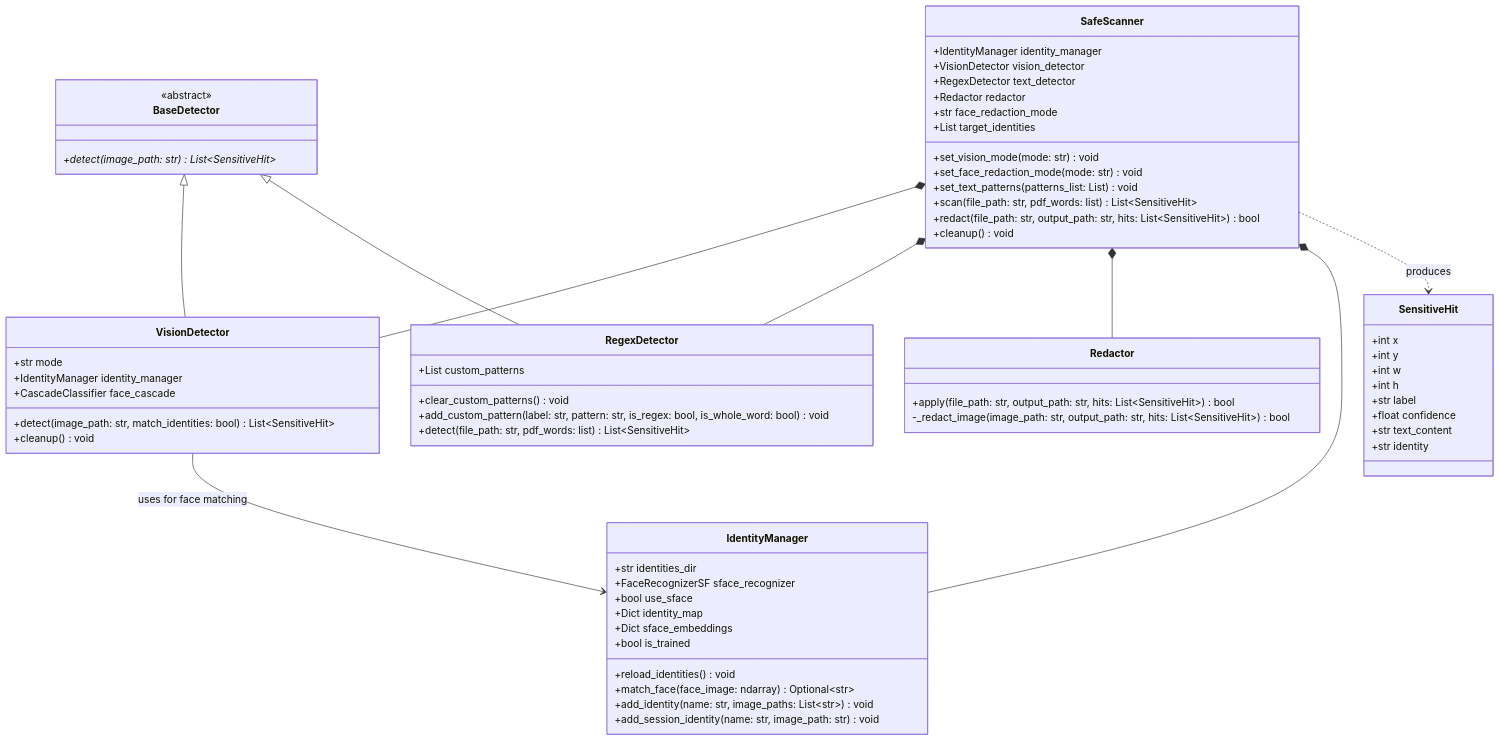
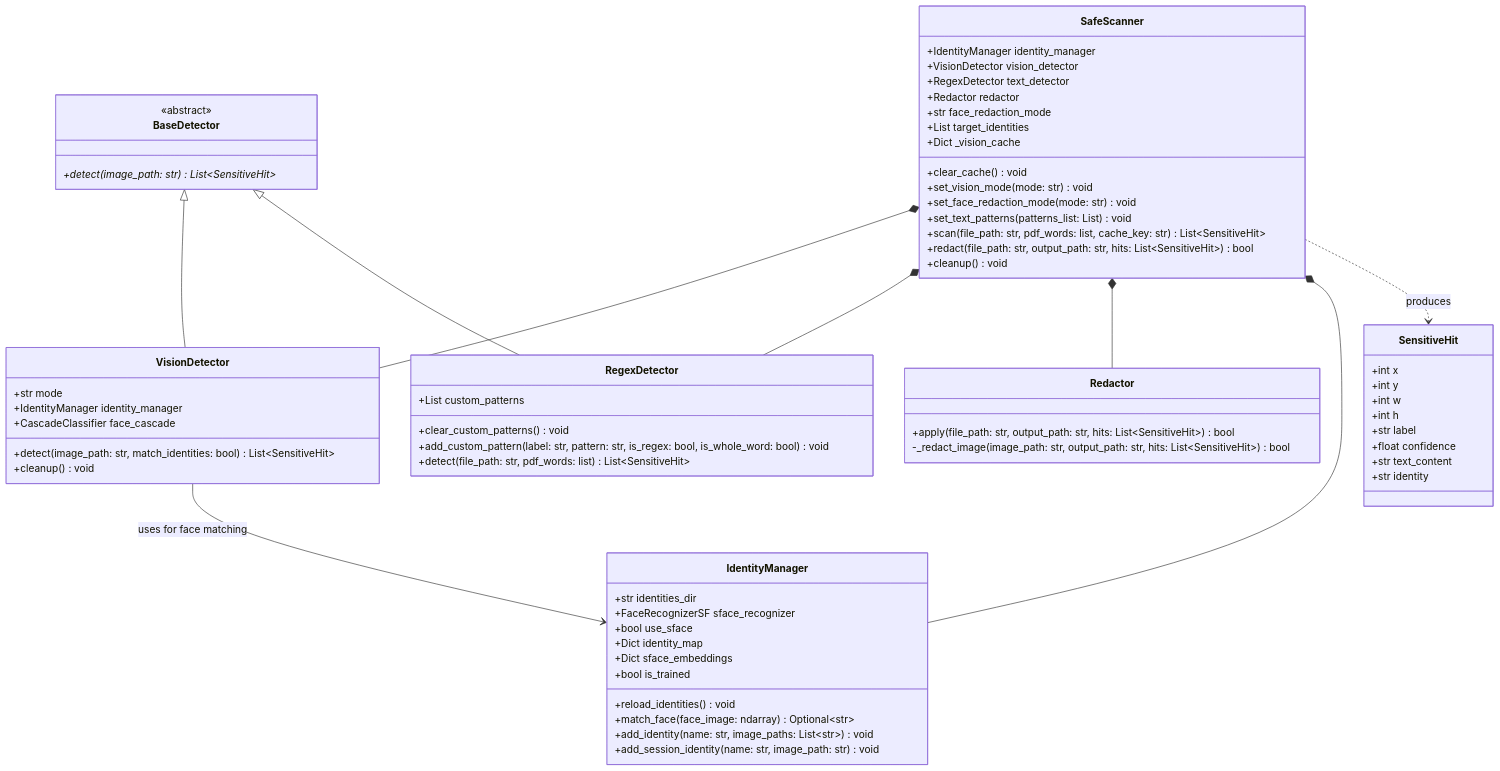
The first of 3 diagrams in docs/architecture/uml_classes.md (FurqanHun/SafeMARC), drawn with Mermaid before and after one commit. The commit also changed other lines of this file and 2 other files, not shown here.

Commit message:
docs: update features and architecture to reflect unified temp lifecycle, cache hits, and regional patterns

````diff
--- a/docs/architecture/uml_classes.md
+++ b/docs/architecture/uml_classes.md
@@ -7,77 +7,79 @@
 ```mermaid
 classDiagram
     direction TB
     
     class BaseDetector {
         <<abstract>>
         +detect(image_path: str)* List~SensitiveHit~
     }
     
     class VisionDetector {
         +str mode
         +IdentityManager identity_manager
         +CascadeClassifier face_cascade
         +detect(image_path: str, match_identities: bool) List~SensitiveHit~
         +cleanup() void
     }
     
     class RegexDetector {
         +List custom_patterns
         +clear_custom_patterns() void
         +add_custom_pattern(label: str, pattern: str, is_regex: bool, is_whole_word: bool) void
         +detect(file_path: str, pdf_words: list) List~SensitiveHit~
     }
     
     class SafeScanner {
         +IdentityManager identity_manager
         +VisionDetector vision_detector
         +RegexDetector text_detector
         +Redactor redactor
         +str face_redaction_mode
         +List target_identities
+        +Dict _vision_cache
+        +clear_cache() void
         +set_vision_mode(mode: str) void
         +set_face_redaction_mode(mode: str) void
         +set_text_patterns(patterns_list: List) void
-        +scan(file_path: str, pdf_words: list) List~SensitiveHit~
+        +scan(file_path: str, pdf_words: list, cache_key: str) List~SensitiveHit~
         +redact(file_path: str, output_path: str, hits: List~SensitiveHit~) bool
         +cleanup() void
     }
 
     class Redactor {
         +apply(file_path: str, output_path: str, hits: List~SensitiveHit~) bool
         -_redact_image(image_path: str, output_path: str, hits: List~SensitiveHit~) bool
     }
 
     class SensitiveHit {
         +int x
         +int y
         +int w
         +int h
         +str label
         +float confidence
         +str text_content
         +str identity
     }
 
     class IdentityManager {
         +str identities_dir
         +FaceRecognizerSF sface_recognizer
         +bool use_sface
         +Dict identity_map
         +Dict sface_embeddings
         +bool is_trained
         +reload_identities() void
         +match_face(face_image: ndarray) Optional~str~
         +add_identity(name: str, image_paths: List~str~) void
         +add_session_identity(name: str, image_path: str) void
     }
 
     BaseDetector <|-- VisionDetector
     BaseDetector <|-- RegexDetector
     SafeScanner *-- VisionDetector
     SafeScanner *-- RegexDetector
     SafeScanner *-- Redactor
     SafeScanner *-- IdentityManager
     VisionDetector --> IdentityManager : uses for face matching
     SafeScanner ..> SensitiveHit : produces
 ```
````
